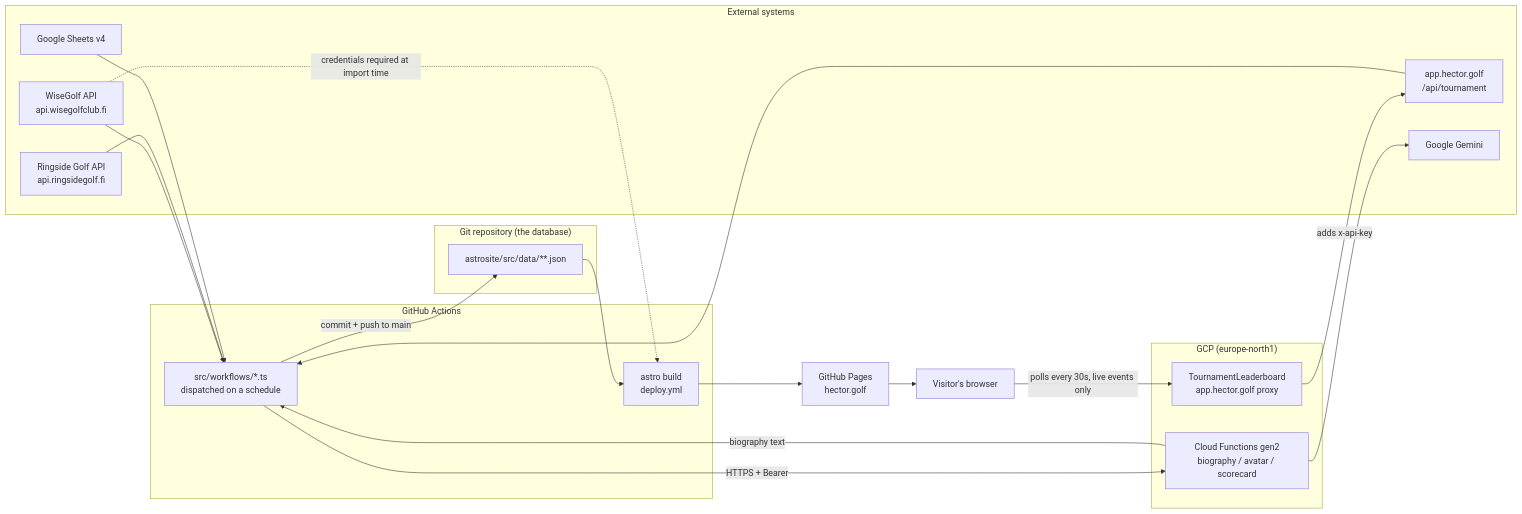
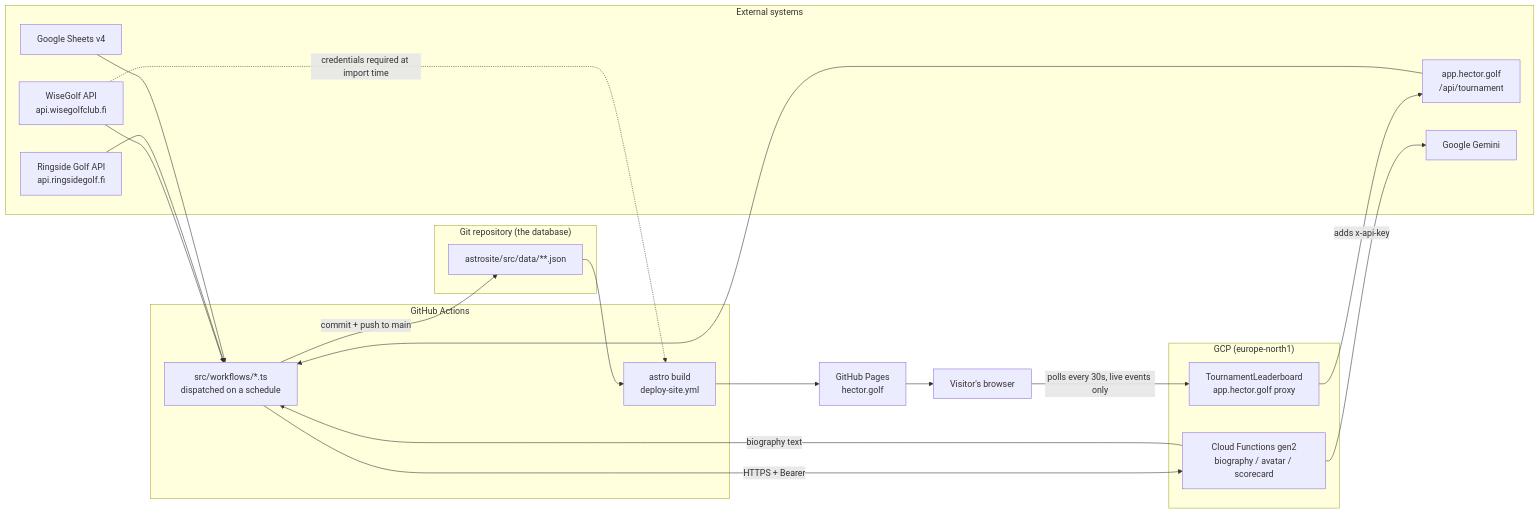
The first of 2 diagrams in docs/current/architecture.md (hectorgolf/hector.golf), drawn with Mermaid before and after one commit. The commit also changed other lines of this file and 13 other files, not shown here.

Commit message:
Rename `deploy.yml` to `deploy-site.yml` for consistency

````diff
--- a/docs/current/architecture.md
+++ b/docs/current/architecture.md
@@ -29,42 +29,42 @@
 ```mermaid
 graph LR
     subgraph external["External systems"]
         WG["WiseGolf API<br/>api.wisegolfclub.fi"]
         RG["Ringside Golf API<br/>api.ringsidegolf.fi"]
         GS["Google Sheets v4"]
         APP["app.hector.golf<br/>/api/tournament"]
         GEM["Google Gemini"]
     end
 
     subgraph gcp["GCP (europe-north1)"]
         CF["Cloud Functions gen2<br/>biography / avatar / scorecard"]
         LBP["TournamentLeaderboard<br/>app.hector.golf proxy"]
     end
 
     subgraph gha["GitHub Actions"]
         WF["src/workflows/*.ts<br/>dispatched on a schedule"]
-        BUILD["astro build<br/>deploy.yml"]
+        BUILD["astro build<br/>deploy-site.yml"]
     end
 
     subgraph repo["Git repository (the database)"]
         DATA["astrosite/src/data/**.json"]
     end
 
     PAGES["GitHub Pages<br/>hector.golf"]
     BROWSER["Visitor's browser"]
 
     WG --> WF
     RG --> WF
     GS --> WF
     APP --> WF
     WF -->|"commit + push to main"| DATA
     WF -->|"HTTPS + Bearer"| CF
     CF --> GEM
     CF -->|"biography text"| WF
     DATA --> BUILD
     WG -.->|"credentials required at import time"| BUILD
     BUILD --> PAGES
     PAGES --> BROWSER
     BROWSER -->|"polls every 30s, live events only"| LBP
     LBP -->|"adds x-api-key"| APP
 ```
````
